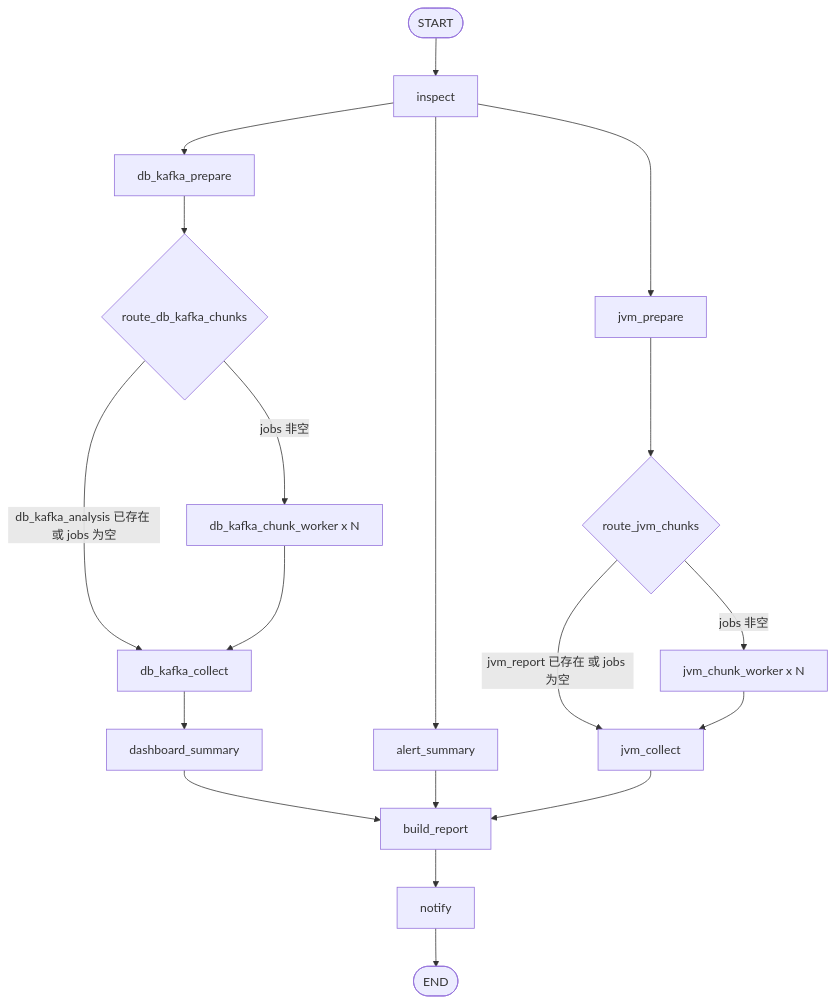
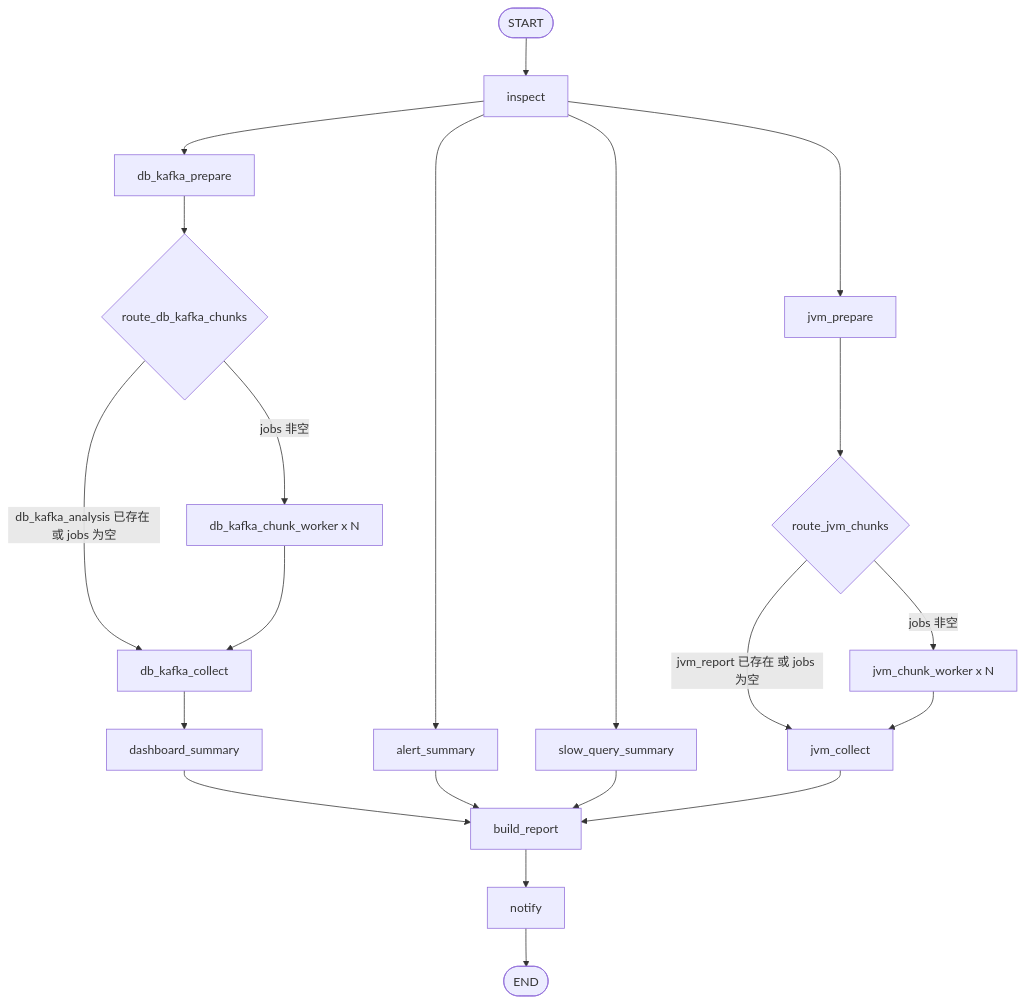
The first of 4 diagrams in docs/ARCHITECTURE.zh-CN.md (gengjie/grafana-inspection-agent), drawn with Mermaid before and after one commit. The commit also changed other lines of this file and 7 other files, not shown here.

Commit message:
add slow query report

````diff
--- a/docs/ARCHITECTURE.zh-CN.md
+++ b/docs/ARCHITECTURE.zh-CN.md
@@ -49,26 +50,28 @@
 ```mermaid
 flowchart TD
     S([START]) --> I[inspect]
 
     I --> DKP[db_kafka_prepare]
     I --> AS[alert_summary]
+    I --> SQS[slow_query_summary]
     I --> JP[jvm_prepare]
 
     DKP --> RDK{route_db_kafka_chunks}
     RDK -->|db_kafka_analysis 已存在 或 jobs 为空| DKC[db_kafka_collect]
     RDK -->|jobs 非空| DKW[db_kafka_chunk_worker x N]
     DKW --> DKC
     DKC --> DS[dashboard_summary]
 
     JP --> RJ{route_jvm_chunks}
     RJ -->|jvm_report 已存在 或 jobs 为空| JC[jvm_collect]
     RJ -->|jobs 非空| JKW[jvm_chunk_worker x N]
     JKW --> JC
 
     DS --> BR[build_report]
     AS --> BR
+    SQS --> BR
     JC --> BR
 
     BR --> N[notify]
     N --> E([END])
 ```
````
